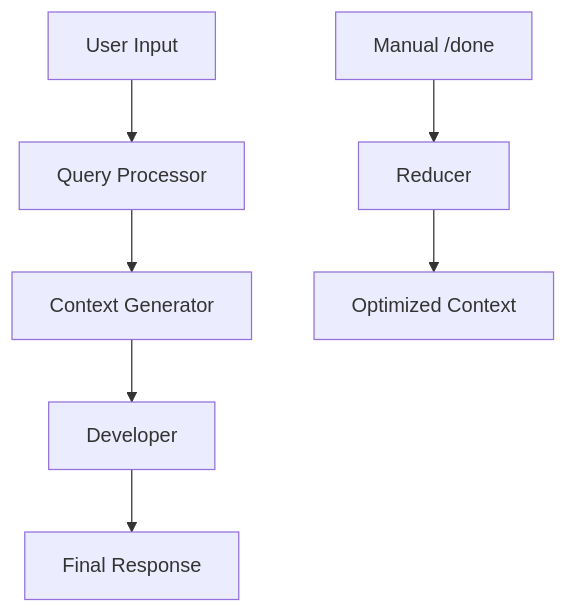
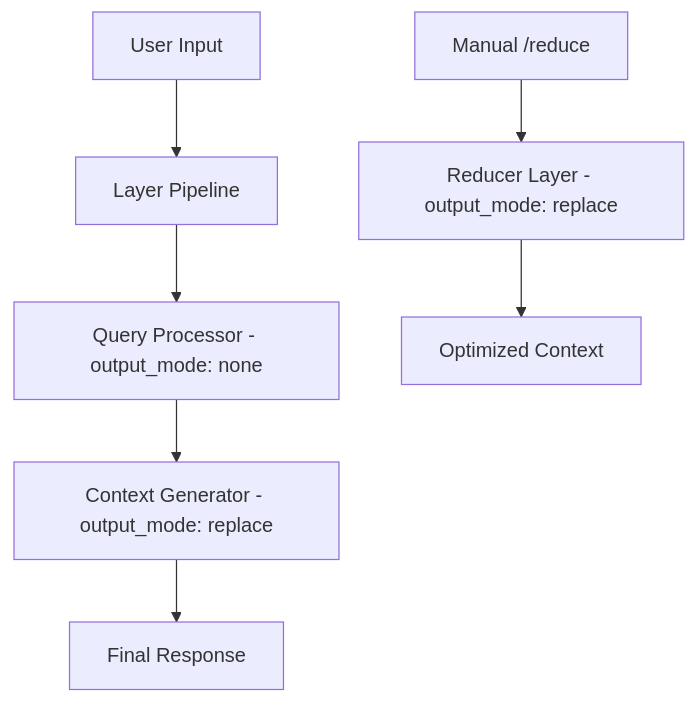
The diagram in doc/06-advanced.md (Muvon/octomind), drawn with Mermaid before and after one commit. The commit also changed other lines of this file and 18 other files, not shown here.

````diff
--- a/doc/06-advanced.md
+++ b/doc/06-advanced.md
@@ -333,10 +333,10 @@
 ```mermaid
 graph TB
-    A[User Input] --> B[Query Processor]
-    B --> C[Context Generator]
-    C --> D[Developer]
+    A[User Input] --> B[Layer Pipeline]
+    B --> C[Query Processor - output_mode: none]
+    C --> D[Context Generator - output_mode: replace]
     D --> E[Final Response]
 
-    F[Manual /done] --> G[Reducer]
+    F[Manual /reduce] --> G[Reducer Layer - output_mode: replace]
     G --> H[Optimized Context]
 ```
````
